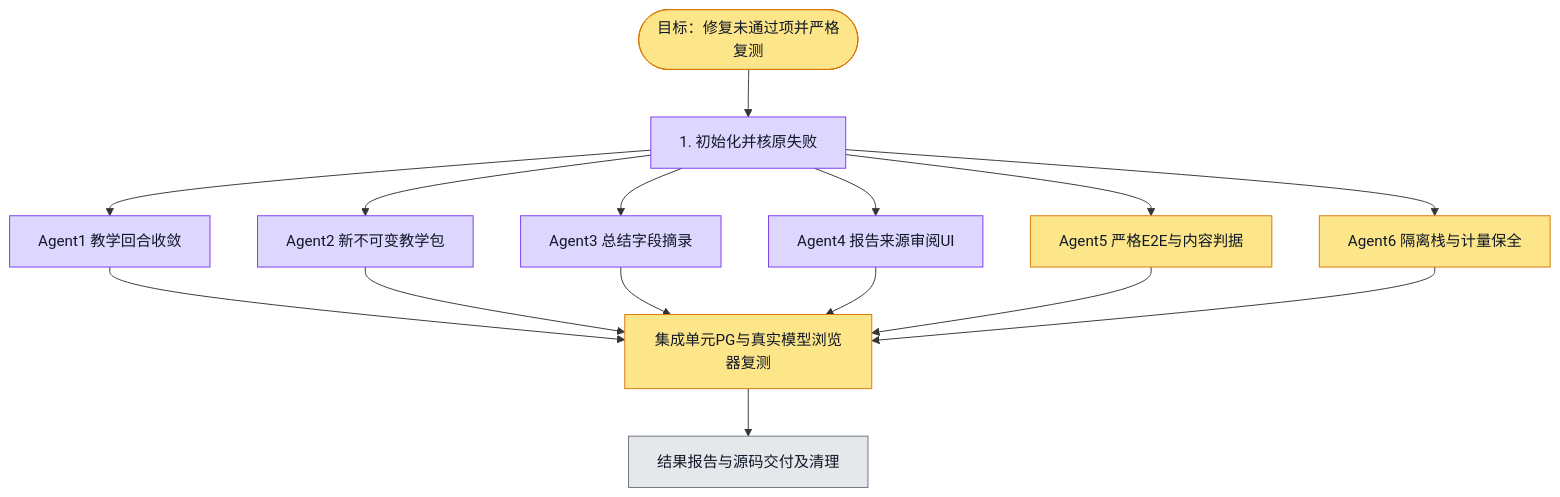
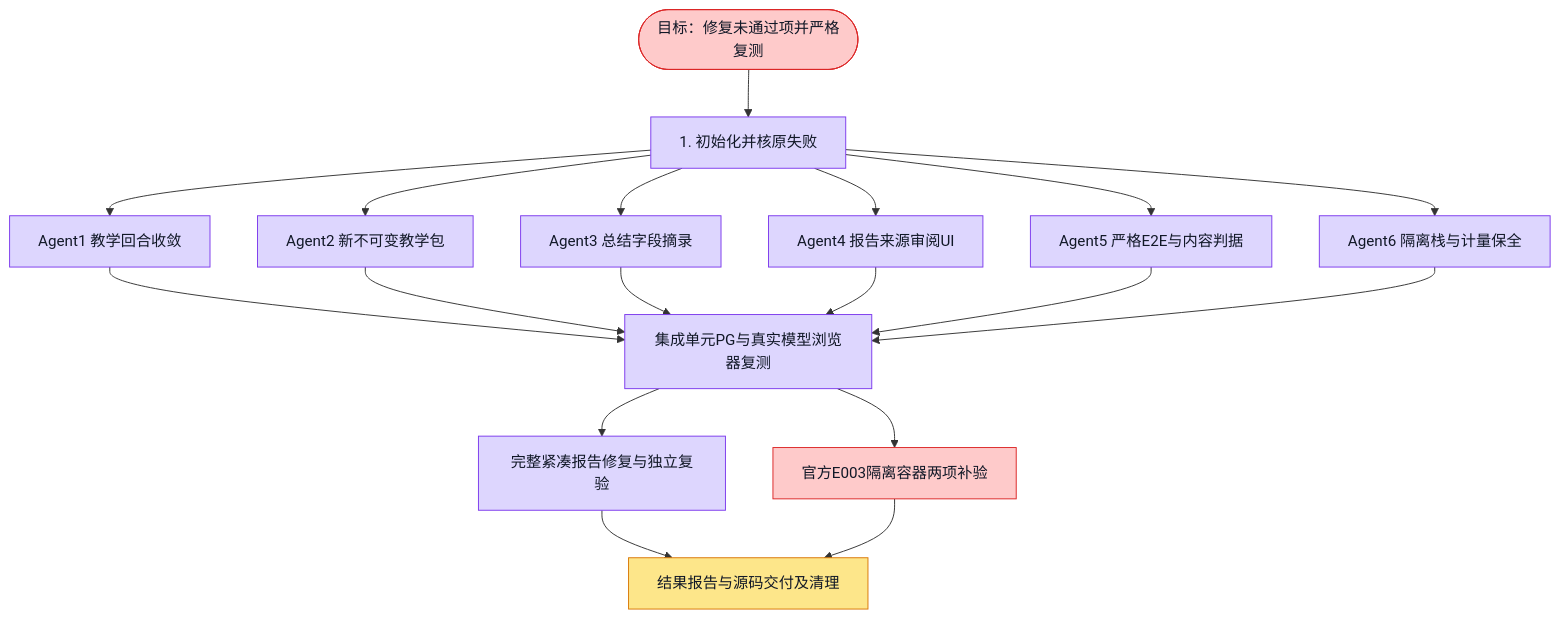
One commit to boardx/workspacex changed the diagram in docs/evidence/aidt-native/remediation-20261117/execution.plan.md. Above: the diagram before and after it, drawn with Mermaid. The commit also changed 208 other files, not shown here.

Commit message:
test(aidt): verify native learning flow and preserve failure evidence

````diff
--- a/docs/evidence/aidt-native/remediation-20261117/execution.plan.md
+++ b/docs/evidence/aidt-native/remediation-20261117/execution.plan.md
@@ -7,36 +7,48 @@
 ```mermaid
 flowchart TD
  G([目标：修复未通过项并严格复测])
  I[1. 初始化并核原失败]
  A1[Agent1 教学回合收敛]
  A2[Agent2 新不可变教学包]
  A3[Agent3 总结字段摘录]
  A4[Agent4 报告来源审阅UI]
  A5[Agent5 严格E2E与内容判据]
  A6[Agent6 隔离栈与计量保全]
  T[集成单元PG与真实模型浏览器复测]
+ Q[完整紧凑报告修复与独立复验]
+ E[官方E003隔离容器两项补验]
  D[结果报告与源码交付及清理]
  G --> I
  I --> A1 & A2 & A3 & A4 & A5 & A6
- A1 & A2 & A3 & A4 & A5 & A6 --> T --> D
+ A1 & A2 & A3 & A4 & A5 & A6 --> T
+ T --> Q & E
+ Q & E --> D
   classDef todo fill:#e5e7eb,stroke:#6b7280,color:#111827
   classDef doing fill:#fde68a,stroke:#d97706,color:#111827
   classDef done fill:#bbf7d0,stroke:#16a34a,color:#111827
   classDef tested fill:#ddd6fe,stroke:#7c3aed,color:#111827
   classDef blocked fill:#fecaca,stroke:#dc2626,color:#111827
- class G doing
+ class G blocked
+  %% blocked G: Core executed flows pass; 2 official sandbox integration checks blocked by build storage; classroom/remote CI not performed
  class I tested
   %% evidence I: init.sh quick exit0 /tmp/aidt-remediation-init-20261117.log；d572f1c9a干净基线、原报告及源审计已读、6worker并行启动；tick缺COORD_GATEWAY_URL明确失败不冒心跳。
  class A1 tested
-  %% evidence A1: real LangChain graph fake-provider adversarial suite206 passed2skipped; TC5 pending dedicatedPG; no real model quality claim
+  %% evidence A1: 93b76865a first focus + c1e5146c2 mixed-batch red→green; full graph/runtime241 passed2skipped; TC5 actual owned PG5/5 separate; actual S1probe/S5/S6/SUM full-result SHA equal; a4-runtime/
  class A2 tested
-  %% evidence A2: new immutable packs checks /tmp/aidt-boundaries-isolation.log 48/48; approved pins5/5; candidate regression10/10; old release hashes unchanged
+  %% evidence A2: methods1.3.2 + summary1.0.2 immutable; API isolation52/context86; old release hashes intact
  class A3 tested
-  %% evidence A3: /tmp/aidt-remediation-context-all.log 10files68; API tsc exit0; semantic projection preserves full saved hash and immutable old snapshots
+  %% evidence A3: /tmp/aidt-remediation-context-release-final.log 11files85; API tsc exit0; actual owned PG bridge22+return7; exact full saved hash and old snapshots preserved
  class A4 tested
-  %% evidence A4: /tmp/aidt-remediation-web-all-expanded.log 85files705; /tmp/aidt-remediation-web-tsc-fixed.log exit0; summary source/UI17 focused tests
- class A5 doing
- class A6 doing
- class T doing
- class D todo
+  %% evidence A4: final Web96files818 + no-incremental tsc0; actual report source review and separate provenance passed
+ class A5 tested
+  %% evidence A5: 30 final QA guard tests/lint/tsc; browser member text and native retry0model; saved actual report V8 and byte-exact export
+ class A6 tested
+  %% evidence A6: a1 final42settled; old10 hashes preserved; private backup verified; owned cleanup13ports/leases and1slot released
+ class T tested
+  %% evidence T: actual S1-S6 + V1/V2 + correction report save/relogin/export; PG29+TC5 5 independent; original semantic1/1 failures retained
+ class Q tested
+  %% evidence Q: summary102 compact complete; first compact source error preserved; normal student clarification -> model revision semantic0 -> explicit UI save V8/export17512B
+ class E blocked
+  %% blocked E: official build storage floor1.5GiB; E003 probe0/additional pytest0; original Python2skip not passed, no isolation weakening
+ class D doing
 ```
````
